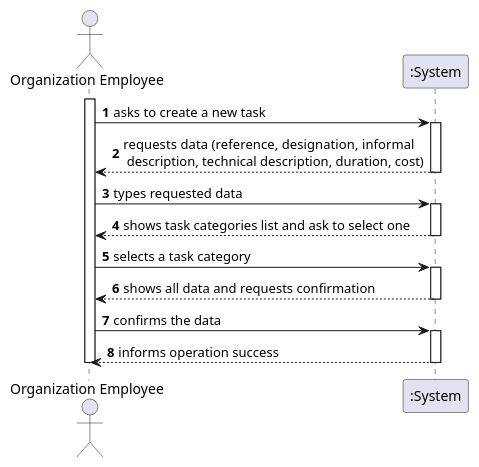
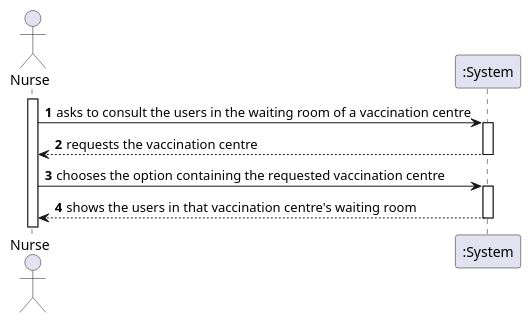
Before and after one commit to Pirussa/lei-22-s2-1da-g02: the diagram in docs/SprintC/US005/US005_SSD.puml, drawn with PlantUML. The commit also changed 11 other files, not shown here.

Commit message:
US005 - Modularization - CD, SD, DM Excerpt and SSD Diagrams done. Documentation done aswell (Requirements Engineering, OO Analysis, Design - User Story Realization). US005 - Implementation - Both UI and Controller classes created and linked.

```diff
--- a/docs/SprintC/US005/US005_SSD.puml
+++ b/docs/SprintC/US005/US005_SSD.puml
@@ -1,28 +1,16 @@
 @startuml
 autonumber
-actor "Organization Employee" as OE
+actor "Nurse" as N
 
-activate OE
-OE -> ":System" : asks to create a new task
+activate N
+N -> ":System" : asks to consult the users in the waiting room of a vaccination centre
 activate ":System"
-":System" --> OE : requests data (reference, designation,  informal \n description, technical description, duration, cost)
+":System" --> N : requests the vaccination centre
 deactivate ":System"
 
-OE -> ":System" : types requested data
+N -> ":System" : chooses the option containing the requested vaccination centre
 activate ":System"
-":System" --> OE : shows task categories list and ask to select one
+":System" --> N : shows the users in that vaccination centre's waiting room
 deactivate ":System"
 
-OE -> ":System" : selects a task category
-activate ":System"
-":System" --> OE : shows all data and requests confirmation
-deactivate ":System"
-
-OE -> ":System" : confirms the data
-activate ":System"
-":System" --> OE : informs operation success
-deactivate ":System"
-
-deactivate OE
-
 @enduml
```
